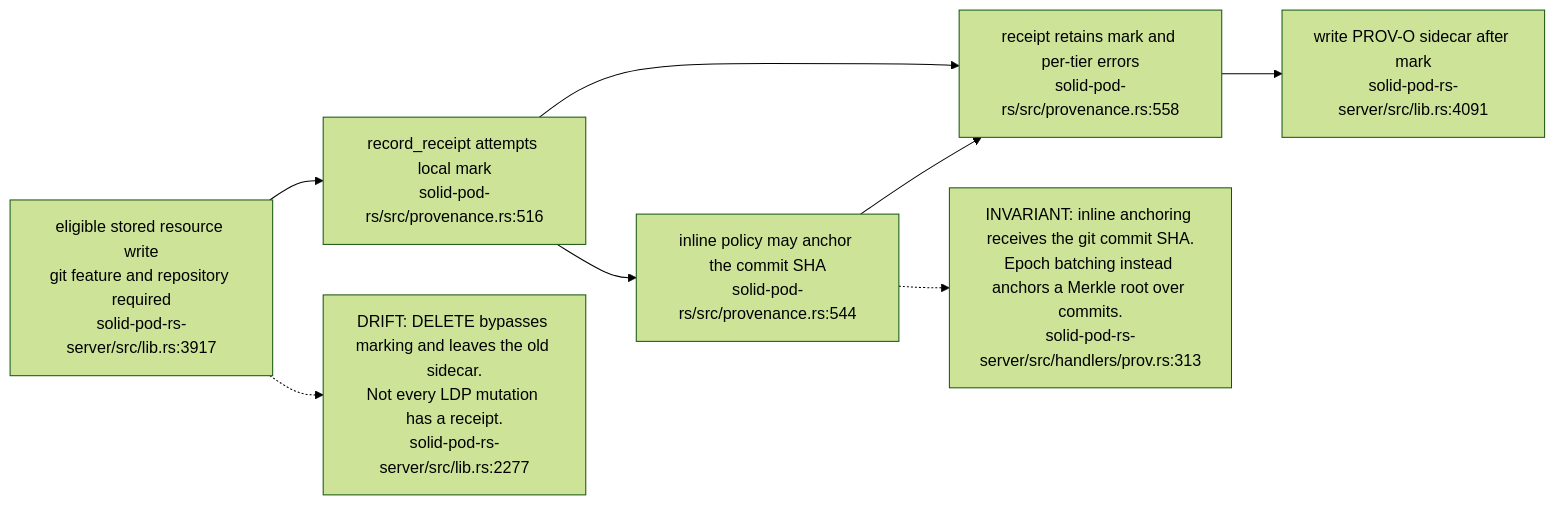
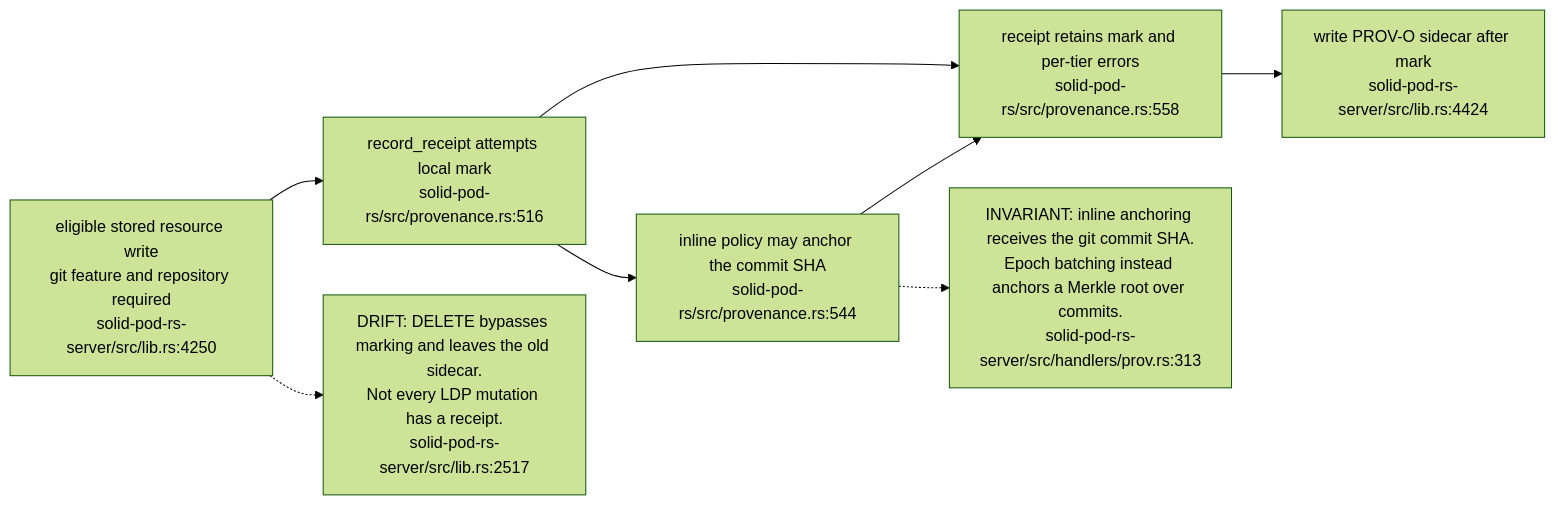
Before and after one commit to DreamLab-AI/VisionFlow: the first of 19 diagrams in docs/diagrams/solid-pod-rs/07-provenance-and-payments.md, drawn with Mermaid (forest theme). The commit also changed other lines of this file and 59 other files, not shown here.

First line of the commit message:
docs(diagrams): re-derive and re-stamp forum, website, pod, ontomark and sealmap topics

````diff
--- a/docs/diagrams/solid-pod-rs/07-provenance-and-payments.md
+++ b/docs/diagrams/solid-pod-rs/07-provenance-and-payments.md
@@ -32,14 +32,14 @@
 ```mermaid
 flowchart LR
-    W["eligible stored resource write<br/>git feature and repository required<br/>solid-pod-rs-server/src/lib.rs:3917"]
+    W["eligible stored resource write<br/>git feature and repository required<br/>solid-pod-rs-server/src/lib.rs:4250"]
     GM["record_receipt attempts local mark<br/>solid-pod-rs/src/provenance.rs:516"]
     MK["receipt retains mark and per-tier errors<br/>solid-pod-rs/src/provenance.rs:558"]
     AN["inline policy may anchor the commit SHA<br/>solid-pod-rs/src/provenance.rs:544"]
-    SC["write PROV-O sidecar after mark<br/>solid-pod-rs-server/src/lib.rs:4091"]
+    SC["write PROV-O sidecar after mark<br/>solid-pod-rs-server/src/lib.rs:4424"]
     W --> GM --> MK --> SC
     GM --> AN --> MK
     N["INVARIANT: inline anchoring receives the git commit SHA.<br/>Epoch batching instead anchors a Merkle root over commits.<br/>solid-pod-rs-server/src/handlers/prov.rs:313"]
     AN -.-> N
-    D["DRIFT: DELETE bypasses marking and leaves the old sidecar.<br/>Not every LDP mutation has a receipt.<br/>solid-pod-rs-server/src/lib.rs:2277"]
+    D["DRIFT: DELETE bypasses marking and leaves the old sidecar.<br/>Not every LDP mutation has a receipt.<br/>solid-pod-rs-server/src/lib.rs:2517"]
     W -.-> D
 ```
````
